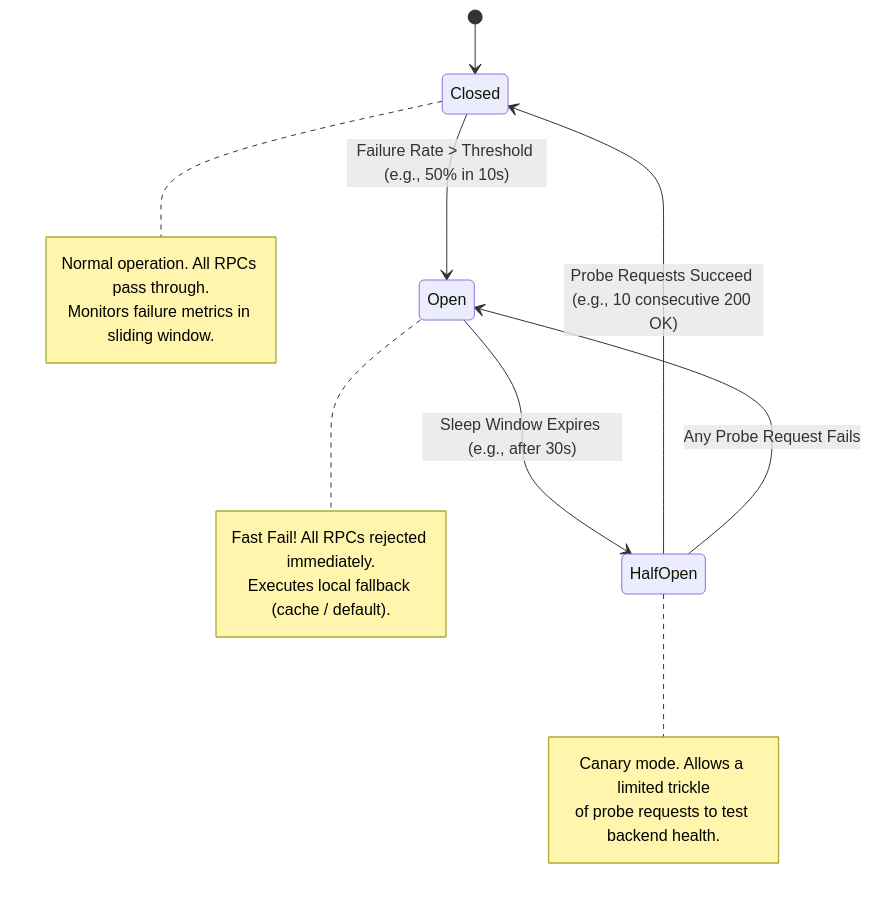
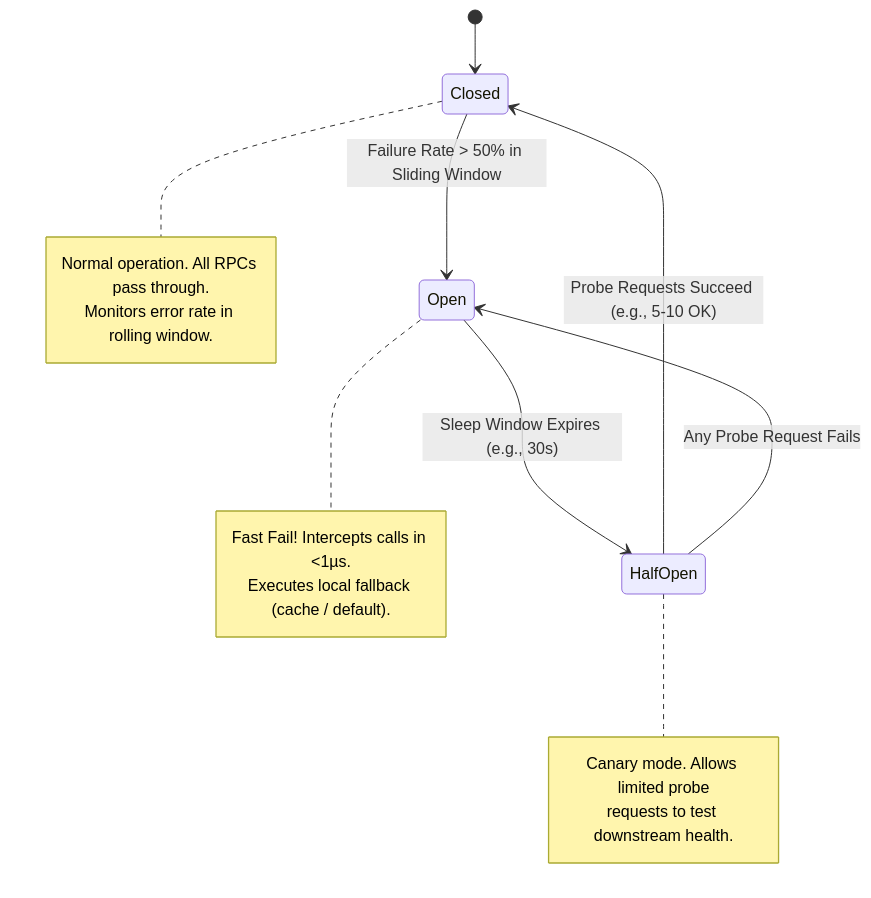
One commit to abhinnaagrawal/system-design-notes changed the second of 3 diagrams in Layer-Playbooks/12-Distributed-Failure-Modes-and-Resiliency.md. Above: the diagram before and after it, drawn with Mermaid. The commit also changed other lines of this file, not shown here.

````diff
--- a/Layer-Playbooks/12-Distributed-Failure-Modes-and-Resiliency.md
+++ b/Layer-Playbooks/12-Distributed-Failure-Modes-and-Resiliency.md
@@ -155,14 +153,14 @@
 ```mermaid
 stateDiagram-v2
     [*] --> Closed
     
-    Closed --> Open: Failure Rate > Threshold (e.g., 50% in 10s)
-    note right of Closed: Normal operation. All RPCs pass through.<br/>Monitors failure metrics in sliding window.
+    Closed --> Open: Failure Rate > 50% in Sliding Window
+    note right of Closed: Normal operation. All RPCs pass through.<br/>Monitors error rate in rolling window.
     
-    Open --> HalfOpen: Sleep Window Expires (e.g., after 30s)
-    note right of Open: Fast Fail! All RPCs rejected immediately.<br/>Executes local fallback (cache / default).
+    Open --> HalfOpen: Sleep Window Expires (e.g., 30s)
+    note right of Open: Fast Fail! Intercepts calls in <1µs.<br/>Executes local fallback (cache / default).
     
-    HalfOpen --> Closed: Probe Requests Succeed (e.g., 10 consecutive 200 OK)
+    HalfOpen --> Closed: Probe Requests Succeed (e.g., 5-10 OK)
     HalfOpen --> Open: Any Probe Request Fails
-    note right of HalfOpen: Canary mode. Allows a limited trickle<br/>of probe requests to test backend health.
+    note right of HalfOpen: Canary mode. Allows limited probe<br/>requests to test downstream health.
 ```
````
